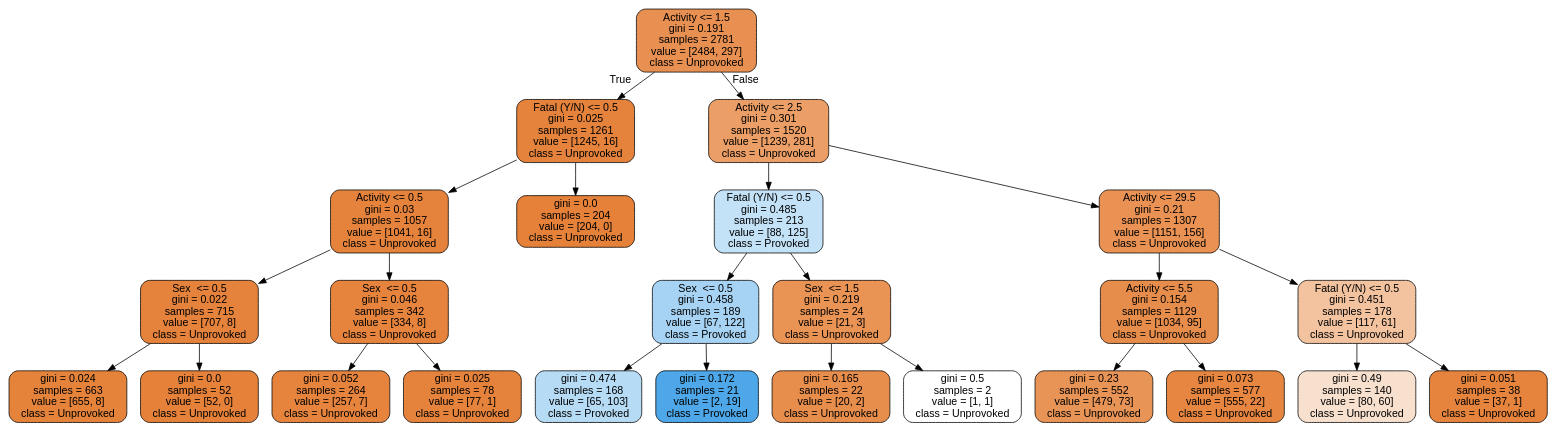
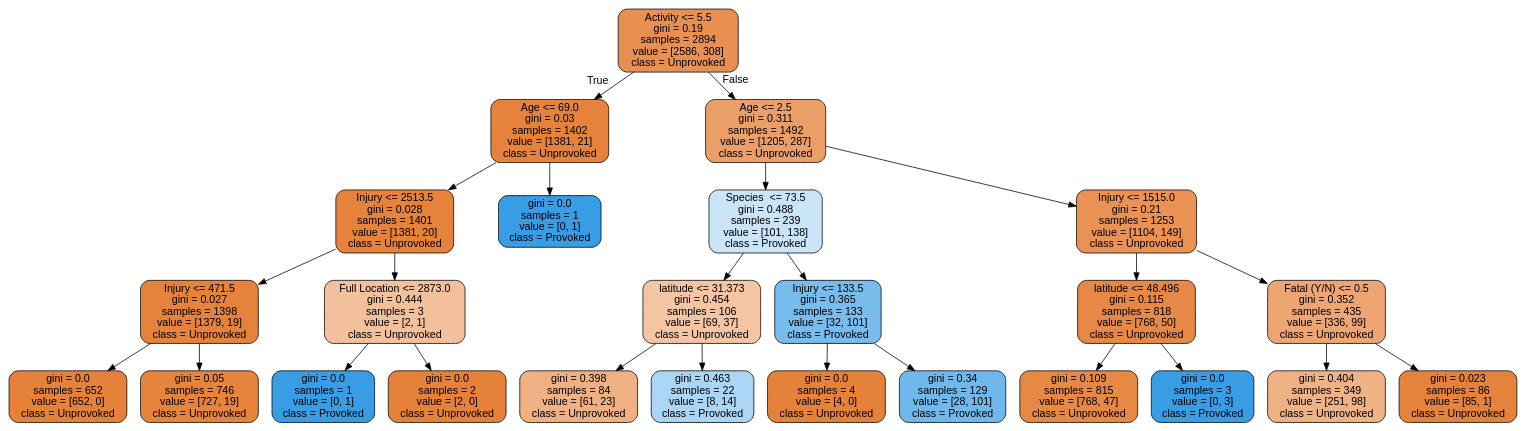
The diagram in shark_attack_tree.dot (joshuapalicka/SharkAttackAnalysis), drawn with Graphviz before and after one commit. The commit also changed 5 other files, not shown here.

```diff
--- a/shark_attack_tree.dot
+++ b/shark_attack_tree.dot
@@ -1,53 +1,53 @@
 digraph Tree {
-node [shape=box, style="filled, rounded", color="black", fontname=helvetica] ;
-edge [fontname=helvetica] ;
-0 [label="Activity <= 1.5\ngini = 0.191\nsamples = 2781\nvalue = [2484, 297]\nclass = Unprovoked", fillcolor="#e89051"] ;
-1 [label="Fatal (Y/N) <= 0.5\ngini = 0.025\nsamples = 1261\nvalue = [1245, 16]\nclass = Unprovoked", fillcolor="#e5833c"] ;
+node [shape=box, style="filled, rounded", color="black", fontname="helvetica"] ;
+edge [fontname="helvetica"] ;
+0 [label="Activity <= 5.5\ngini = 0.19\nsamples = 2894\nvalue = [2586, 308]\nclass = Unprovoked", fillcolor="#e89051"] ;
+1 [label="Age <= 69.0\ngini = 0.03\nsamples = 1402\nvalue = [1381, 21]\nclass = Unprovoked", fillcolor="#e5833c"] ;
 0 -> 1 [labeldistance=2.5, labelangle=45, headlabel="True"] ;
-2 [label="Activity <= 0.5\ngini = 0.03\nsamples = 1057\nvalue = [1041, 16]\nclass = Unprovoked", fillcolor="#e5833c"] ;
+2 [label="Injury <= 2513.5\ngini = 0.028\nsamples = 1401\nvalue = [1381, 20]\nclass = Unprovoked", fillcolor="#e5833c"] ;
 1 -> 2 ;
-3 [label="Sex  <= 0.5\ngini = 0.022\nsamples = 715\nvalue = [707, 8]\nclass = Unprovoked", fillcolor="#e5823b"] ;
+3 [label="Injury <= 471.5\ngini = 0.027\nsamples = 1398\nvalue = [1379, 19]\nclass = Unprovoked", fillcolor="#e5833c"] ;
 2 -> 3 ;
-4 [label="gini = 0.024\nsamples = 663\nvalue = [655, 8]\nclass = Unprovoked", fillcolor="#e5833b"] ;
+4 [label="gini = 0.0\nsamples = 652\nvalue = [652, 0]\nclass = Unprovoked", fillcolor="#e58139"] ;
 3 -> 4 ;
-5 [label="gini = 0.0\nsamples = 52\nvalue = [52, 0]\nclass = Unprovoked", fillcolor="#e58139"] ;
+5 [label="gini = 0.05\nsamples = 746\nvalue = [727, 19]\nclass = Unprovoked", fillcolor="#e6843e"] ;
 3 -> 5 ;
-6 [label="Sex  <= 0.5\ngini = 0.046\nsamples = 342\nvalue = [334, 8]\nclass = Unprovoked", fillcolor="#e6843e"] ;
+6 [label="Full Location <= 2873.0\ngini = 0.444\nsamples = 3\nvalue = [2, 1]\nclass = Unprovoked", fillcolor="#f2c09c"] ;
 2 -> 6 ;
-7 [label="gini = 0.052\nsamples = 264\nvalue = [257, 7]\nclass = Unprovoked", fillcolor="#e6843e"] ;
+7 [label="gini = 0.0\nsamples = 1\nvalue = [0, 1]\nclass = Provoked", fillcolor="#399de5"] ;
 6 -> 7 ;
-8 [label="gini = 0.025\nsamples = 78\nvalue = [77, 1]\nclass = Unprovoked", fillcolor="#e5833c"] ;
+8 [label="gini = 0.0\nsamples = 2\nvalue = [2, 0]\nclass = Unprovoked", fillcolor="#e58139"] ;
 6 -> 8 ;
-9 [label="gini = 0.0\nsamples = 204\nvalue = [204, 0]\nclass = Unprovoked", fillcolor="#e58139"] ;
+9 [label="gini = 0.0\nsamples = 1\nvalue = [0, 1]\nclass = Provoked", fillcolor="#399de5"] ;
 1 -> 9 ;
-10 [label="Activity <= 2.5\ngini = 0.301\nsamples = 1520\nvalue = [1239, 281]\nclass = Unprovoked", fillcolor="#eb9e66"] ;
+10 [label="Age <= 2.5\ngini = 0.311\nsamples = 1492\nvalue = [1205, 287]\nclass = Unprovoked", fillcolor="#eb9f68"] ;
 0 -> 10 [labeldistance=2.5, labelangle=-45, headlabel="False"] ;
-11 [label="Fatal (Y/N) <= 0.5\ngini = 0.485\nsamples = 213\nvalue = [88, 125]\nclass = Provoked", fillcolor="#c4e2f7"] ;
+11 [label="Species  <= 73.5\ngini = 0.488\nsamples = 239\nvalue = [101, 138]\nclass = Provoked", fillcolor="#cae5f8"] ;
 10 -> 11 ;
-12 [label="Sex  <= 0.5\ngini = 0.458\nsamples = 189\nvalue = [67, 122]\nclass = Provoked", fillcolor="#a6d3f3"] ;
+12 [label="latitude <= 31.373\ngini = 0.454\nsamples = 106\nvalue = [69, 37]\nclass = Unprovoked", fillcolor="#f3c5a3"] ;
 11 -> 12 ;
-13 [label="gini = 0.474\nsamples = 168\nvalue = [65, 103]\nclass = Provoked", fillcolor="#b6dbf5"] ;
+13 [label="gini = 0.398\nsamples = 84\nvalue = [61, 23]\nclass = Unprovoked", fillcolor="#efb184"] ;
 12 -> 13 ;
-14 [label="gini = 0.172\nsamples = 21\nvalue = [2, 19]\nclass = Provoked", fillcolor="#4ea7e8"] ;
+14 [label="gini = 0.463\nsamples = 22\nvalue = [8, 14]\nclass = Provoked", fillcolor="#aad5f4"] ;
 12 -> 14 ;
-15 [label="Sex  <= 1.5\ngini = 0.219\nsamples = 24\nvalue = [21, 3]\nclass = Unprovoked", fillcolor="#e99355"] ;
+15 [label="Injury <= 133.5\ngini = 0.365\nsamples = 133\nvalue = [32, 101]\nclass = Provoked", fillcolor="#78bced"] ;
 11 -> 15 ;
-16 [label="gini = 0.165\nsamples = 22\nvalue = [20, 2]\nclass = Unprovoked", fillcolor="#e88e4d"] ;
+16 [label="gini = 0.0\nsamples = 4\nvalue = [4, 0]\nclass = Unprovoked", fillcolor="#e58139"] ;
 15 -> 16 ;
-17 [label="gini = 0.5\nsamples = 2\nvalue = [1, 1]\nclass = Unprovoked", fillcolor="#ffffff"] ;
+17 [label="gini = 0.34\nsamples = 129\nvalue = [28, 101]\nclass = Provoked", fillcolor="#70b8ec"] ;
 15 -> 17 ;
-18 [label="Activity <= 29.5\ngini = 0.21\nsamples = 1307\nvalue = [1151, 156]\nclass = Unprovoked", fillcolor="#e99254"] ;
+18 [label="Injury <= 1515.0\ngini = 0.21\nsamples = 1253\nvalue = [1104, 149]\nclass = Unprovoked", fillcolor="#e99254"] ;
 10 -> 18 ;
-19 [label="Activity <= 5.5\ngini = 0.154\nsamples = 1129\nvalue = [1034, 95]\nclass = Unprovoked", fillcolor="#e78d4b"] ;
+19 [label="latitude <= 48.496\ngini = 0.115\nsamples = 818\nvalue = [768, 50]\nclass = Unprovoked", fillcolor="#e78946"] ;
 18 -> 19 ;
-20 [label="gini = 0.23\nsamples = 552\nvalue = [479, 73]\nclass = Unprovoked", fillcolor="#e99457"] ;
+20 [label="gini = 0.109\nsamples = 815\nvalue = [768, 47]\nclass = Unprovoked", fillcolor="#e78945"] ;
 19 -> 20 ;
-21 [label="gini = 0.073\nsamples = 577\nvalue = [555, 22]\nclass = Unprovoked", fillcolor="#e68641"] ;
+21 [label="gini = 0.0\nsamples = 3\nvalue = [0, 3]\nclass = Provoked", fillcolor="#399de5"] ;
 19 -> 21 ;
-22 [label="Fatal (Y/N) <= 0.5\ngini = 0.451\nsamples = 178\nvalue = [117, 61]\nclass = Unprovoked", fillcolor="#f3c3a0"] ;
+22 [label="Fatal (Y/N) <= 0.5\ngini = 0.352\nsamples = 435\nvalue = [336, 99]\nclass = Unprovoked", fillcolor="#eda673"] ;
 18 -> 22 ;
-23 [label="gini = 0.49\nsamples = 140\nvalue = [80, 60]\nclass = Unprovoked", fillcolor="#f8e0ce"] ;
+23 [label="gini = 0.404\nsamples = 349\nvalue = [251, 98]\nclass = Unprovoked", fillcolor="#efb286"] ;
 22 -> 23 ;
-24 [label="gini = 0.051\nsamples = 38\nvalue = [37, 1]\nclass = Unprovoked", fillcolor="#e6843e"] ;
+24 [label="gini = 0.023\nsamples = 86\nvalue = [85, 1]\nclass = Unprovoked", fillcolor="#e5823b"] ;
 22 -> 24 ;
 }
```
